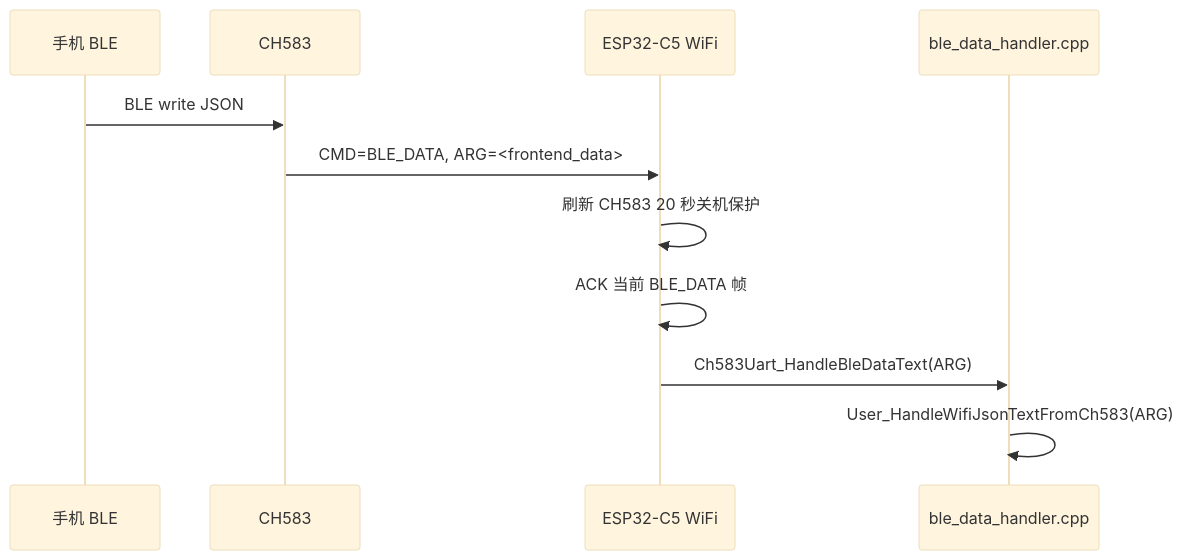
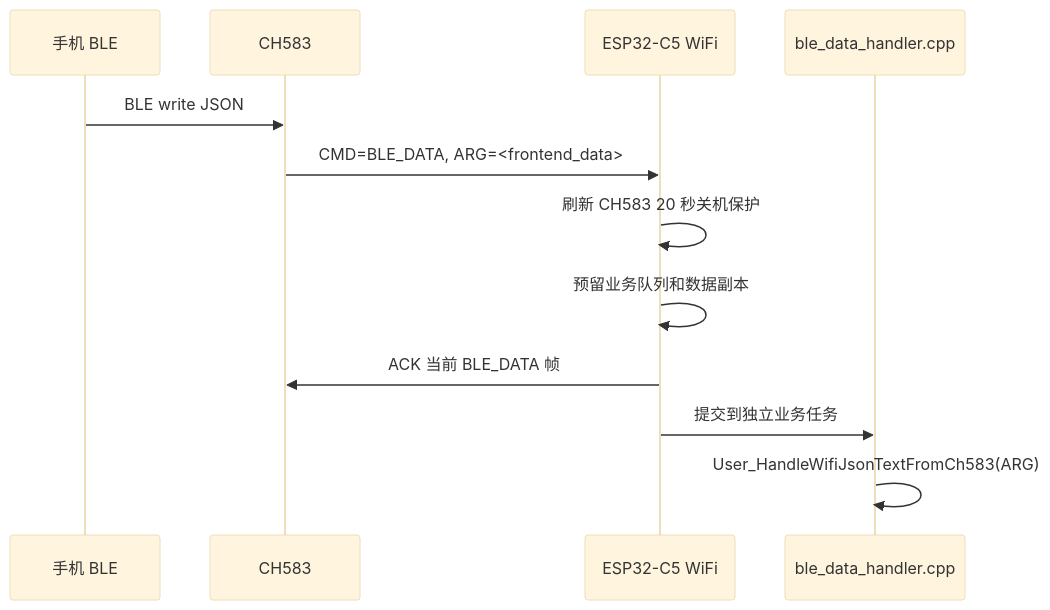
Diagram 11 of 16 in README_Protocol.md (tdxguiping/ESP32_S3_epaper), drawn with Mermaid (base theme) before and after one commit. The commit also changed other lines of this file and 74 other files, not shown here.

````diff
--- a/README_Protocol.md
+++ b/README_Protocol.md
@@ -1120,14 +1124,15 @@
 ```mermaid
 sequenceDiagram
     participant Phone as 手机 BLE
     participant CH583 as CH583
     participant ESP32 as ESP32-C5 WiFi
     participant BLE as ble_data_handler.cpp
 
     Phone->>CH583: BLE write JSON
     CH583->>ESP32: CMD=BLE_DATA, ARG=<frontend_data>
     ESP32->>ESP32: 刷新 CH583 20 秒关机保护
-    ESP32->>ESP32: ACK 当前 BLE_DATA 帧
-    ESP32->>BLE: Ch583Uart_HandleBleDataText(ARG)
+    ESP32->>ESP32: 预留业务队列和数据副本
+    ESP32->>CH583: ACK 当前 BLE_DATA 帧
+    ESP32->>BLE: 提交到独立业务任务
     BLE->>BLE: User_HandleWifiJsonTextFromCh583(ARG)
 ```
````
